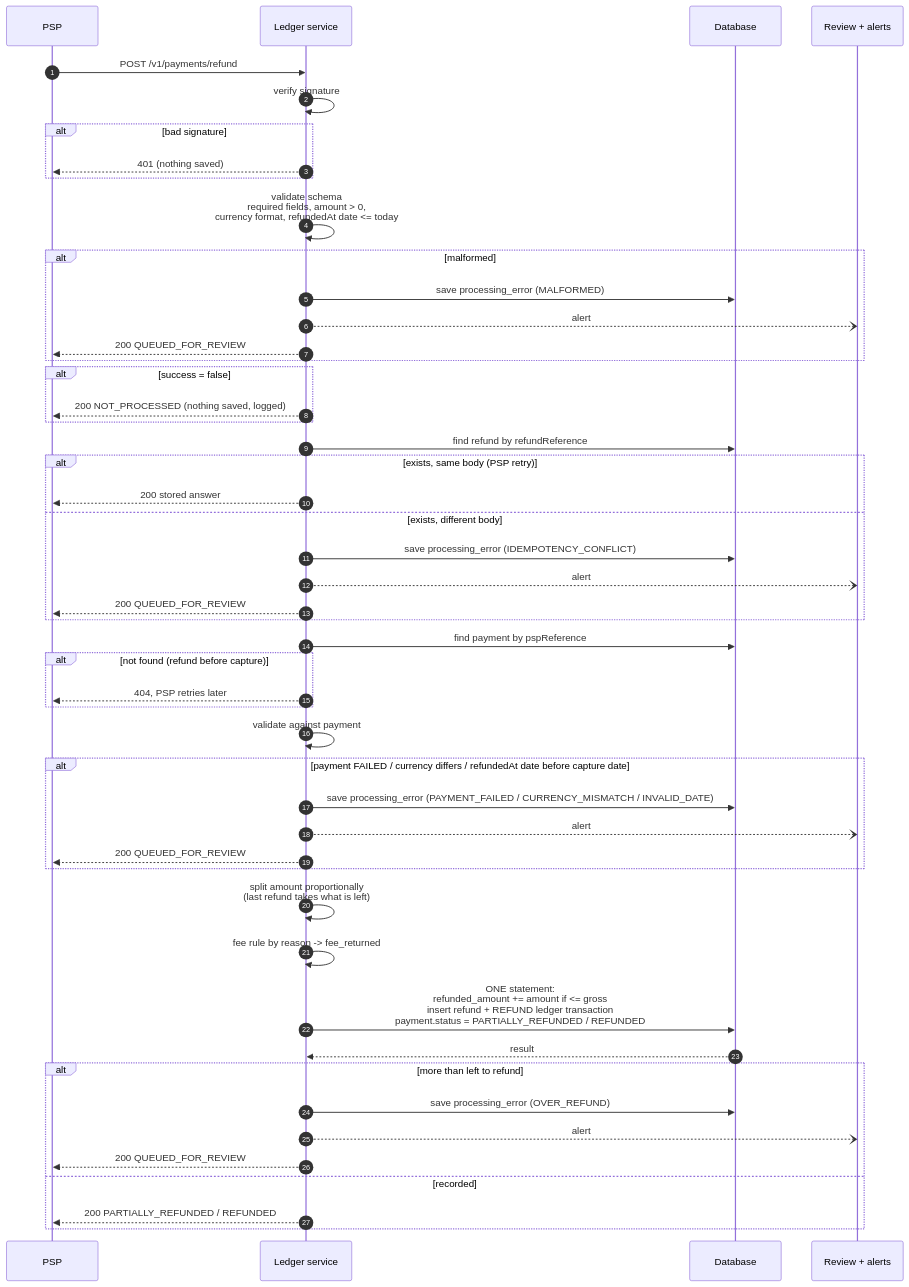
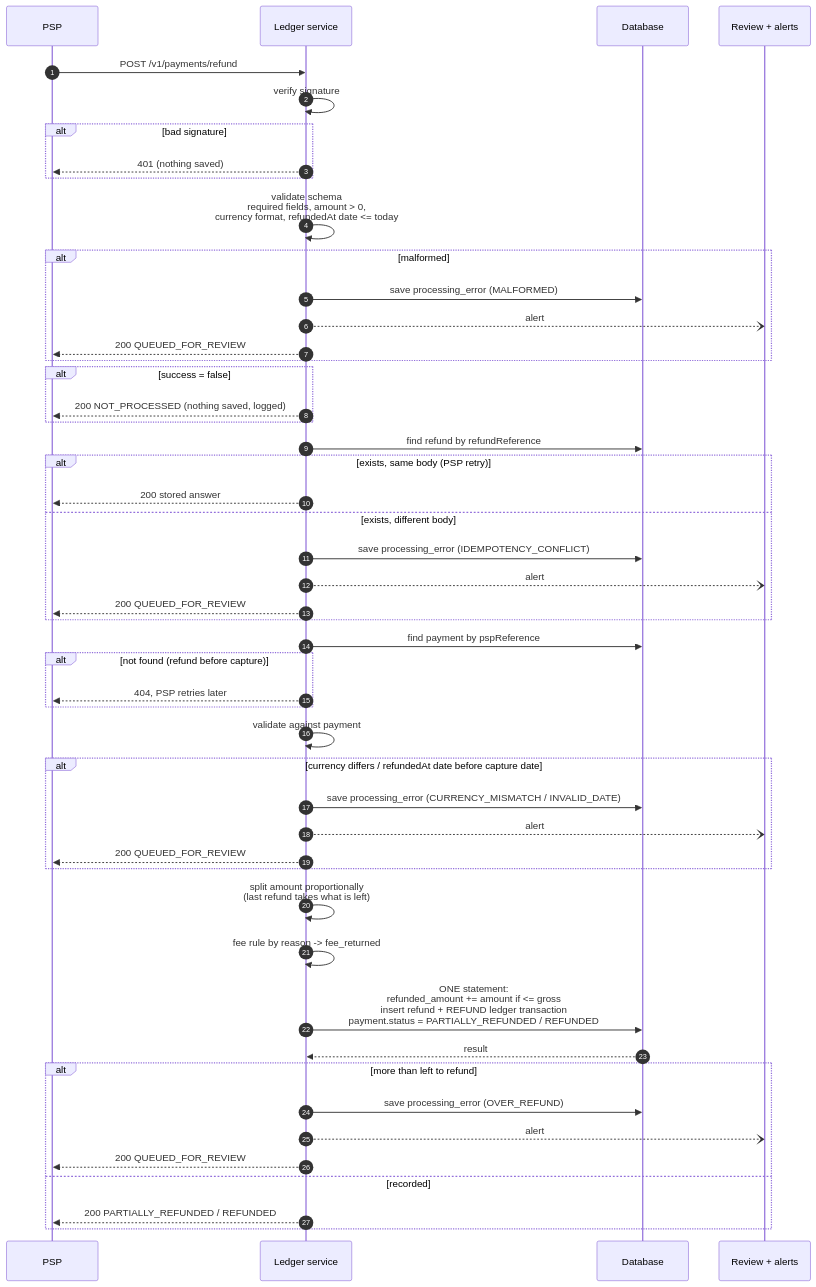
The fourth of 5 diagrams in README.md (Pixhunter/Ledger), drawn with Mermaid before and after one commit. The commit also changed other lines of this file and 43 other files, not shown here.

````diff
--- a/README.md
+++ b/README.md
@@ -305,59 +311,59 @@
 ```mermaid
 sequenceDiagram
     autonumber
     participant PSP
     participant L as Ledger service
     participant DB as Database
     participant R as Review + alerts
 
     PSP->>L: POST /v1/payments/refund
     L->>L: verify signature
     alt bad signature
         L-->>PSP: 401 (nothing saved)
     end
     L->>L: validate schema<br/>required fields, amount > 0,<br/>currency format, refundedAt date <= today
     alt malformed
         L->>DB: save processing_error (MALFORMED)
         L--)R: alert
         L-->>PSP: 200 QUEUED_FOR_REVIEW
     end
 
     alt success = false
         L-->>PSP: 200 NOT_PROCESSED (nothing saved, logged)
     end
 
     L->>DB: find refund by refundReference
     alt exists, same body (PSP retry)
         L-->>PSP: 200 stored answer
     else exists, different body
         L->>DB: save processing_error (IDEMPOTENCY_CONFLICT)
         L--)R: alert
         L-->>PSP: 200 QUEUED_FOR_REVIEW
     end
 
     L->>DB: find payment by pspReference
     alt not found (refund before capture)
         L-->>PSP: 404, PSP retries later
     end
 
     L->>L: validate against payment
-    alt payment FAILED / currency differs / refundedAt date before capture date
-        L->>DB: save processing_error (PAYMENT_FAILED / CURRENCY_MISMATCH / INVALID_DATE)
+    alt currency differs / refundedAt date before capture date
+        L->>DB: save processing_error (CURRENCY_MISMATCH / INVALID_DATE)
         L--)R: alert
         L-->>PSP: 200 QUEUED_FOR_REVIEW
     end
 
     L->>L: split amount proportionally<br/>(last refund takes what is left)
     L->>L: fee rule by reason -> fee_returned
 
     L->>DB: ONE statement:<br/>refunded_amount += amount if <= gross<br/>insert refund + REFUND ledger transaction<br/>payment.status = PARTIALLY_REFUNDED / REFUNDED
     DB-->>L: result
 
     alt more than left to refund
         L->>DB: save processing_error (OVER_REFUND)
         L--)R: alert
         L-->>PSP: 200 QUEUED_FOR_REVIEW
     else recorded
         L-->>PSP: 200 PARTIALLY_REFUNDED / REFUNDED
     end
 ```
````
